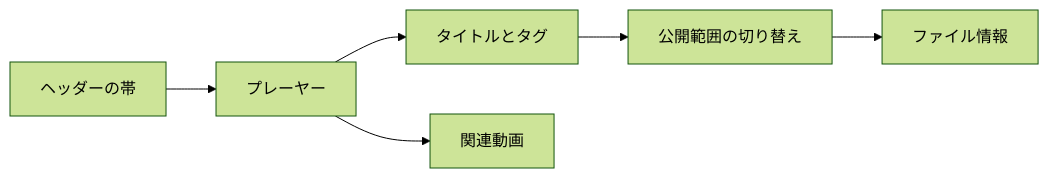
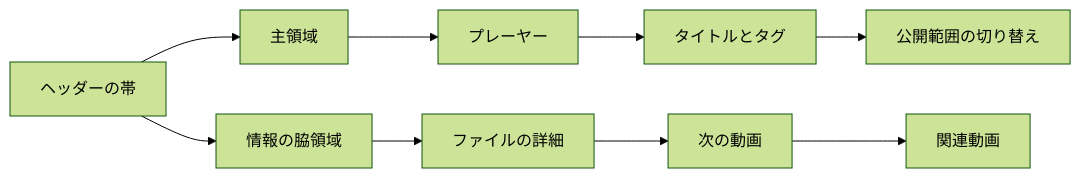
The ninth of 13 diagrams in translations/ja/docs/design-docs/library-ui.md (syudead/vv), drawn with Mermaid (forest theme) before and after one commit. The commit also changed other lines of this file and 1 other file, not shown here.

````diff
--- a/translations/ja/docs/design-docs/library-ui.md
+++ b/translations/ja/docs/design-docs/library-ui.md
@@ -256,8 +256,11 @@
 ```mermaid
 flowchart LR
-  band[ヘッダーの帯] --> player[プレーヤー]
+  band[ヘッダーの帯] --> main[主領域]
+  band --> aside[情報の脇領域]
+  main --> player[プレーヤー]
   player --> title[タイトルとタグ]
   title --> vis[公開範囲の切り替え]
-  vis --> info[ファイル情報]
-  player --> related[関連動画]
+  aside --> info[ファイルの詳細]
+  info --> next[次の動画]
+  next --> related[関連動画]
 ```
````
